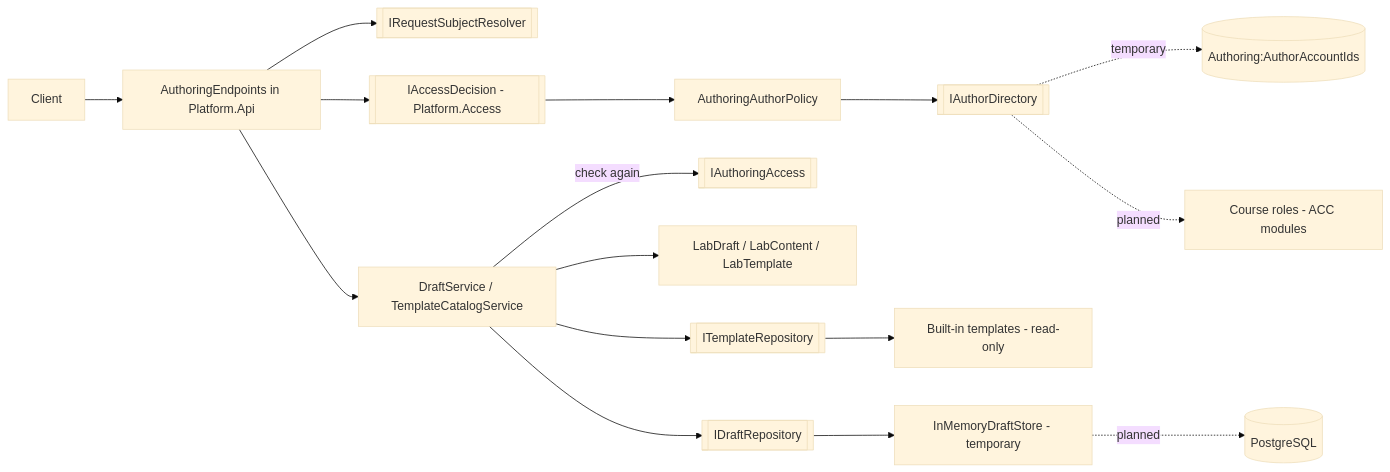
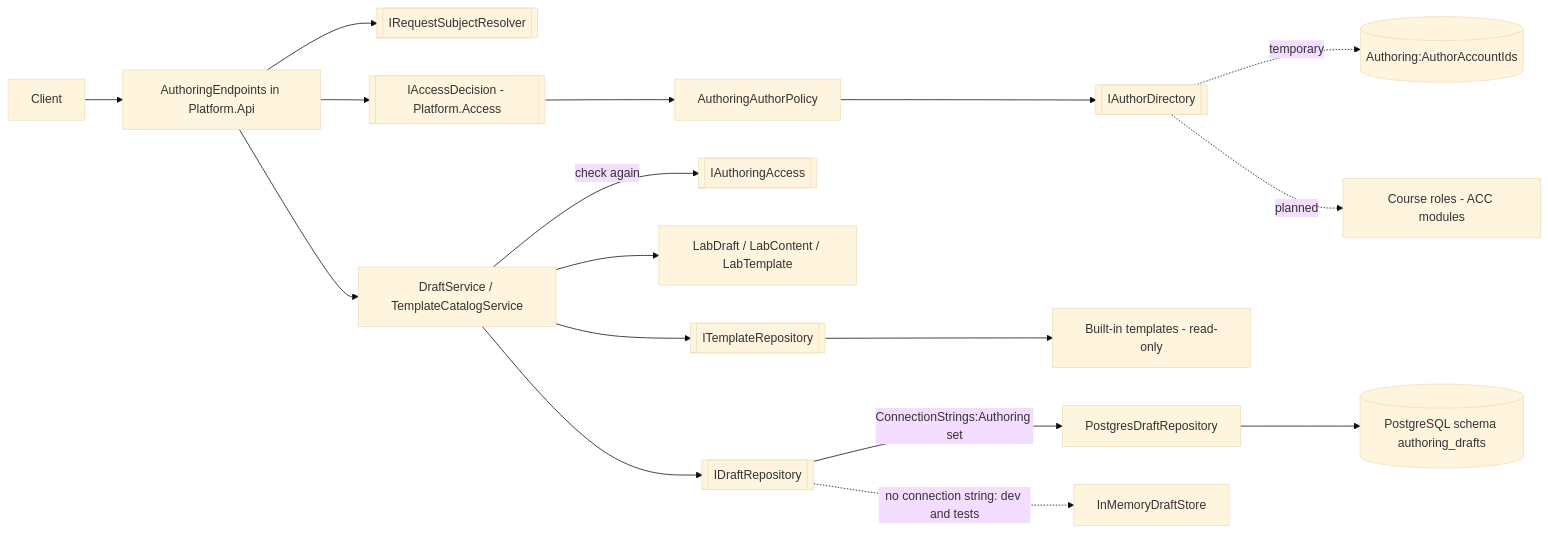
The first of 2 diagrams in docs/components/AUT-authoring.md (owlCoder/security-lab), drawn with Mermaid (base theme) before and after one commit. The commit also changed other lines of this file and 11 other files, not shown here.

Commit message:
feat(authoring): store drafts in PostgreSQL with migration and storage tests (AUT-06)

````diff
--- a/docs/components/AUT-authoring.md
+++ b/docs/components/AUT-authoring.md
@@ -36,18 +36,19 @@
 ```mermaid
 flowchart LR
   C[Client] --> EP[AuthoringEndpoints in Platform.Api]
   EP --> RES[[IRequestSubjectResolver]]
   EP --> ACC[[IAccessDecision - Platform.Access]]
   ACC --> POL[AuthoringAuthorPolicy]
   POL --> DIR[[IAuthorDirectory]]
   DIR -. temporary .-> CFG[(Authoring:AuthorAccountIds)]
   DIR -. planned .-> ROLES[Course roles - ACC modules]
   EP --> SVC[DraftService / TemplateCatalogService]
   SVC -->|check again| AAC[[IAuthoringAccess]]
   SVC --> DOM[LabDraft / LabContent / LabTemplate]
   SVC --> TR[[ITemplateRepository]]
   TR --> BT[Built-in templates - read-only]
   SVC --> DR[[IDraftRepository]]
-  DR --> MEM[InMemoryDraftStore - temporary]
-  MEM -. planned .-> DB[(PostgreSQL)]
+  DR -->|ConnectionStrings:Authoring set| PG[PostgresDraftRepository]
+  PG --> DB[(PostgreSQL schema authoring_drafts)]
+  DR -.->|no connection string: dev and tests| MEM[InMemoryDraftStore]
 ```
````
